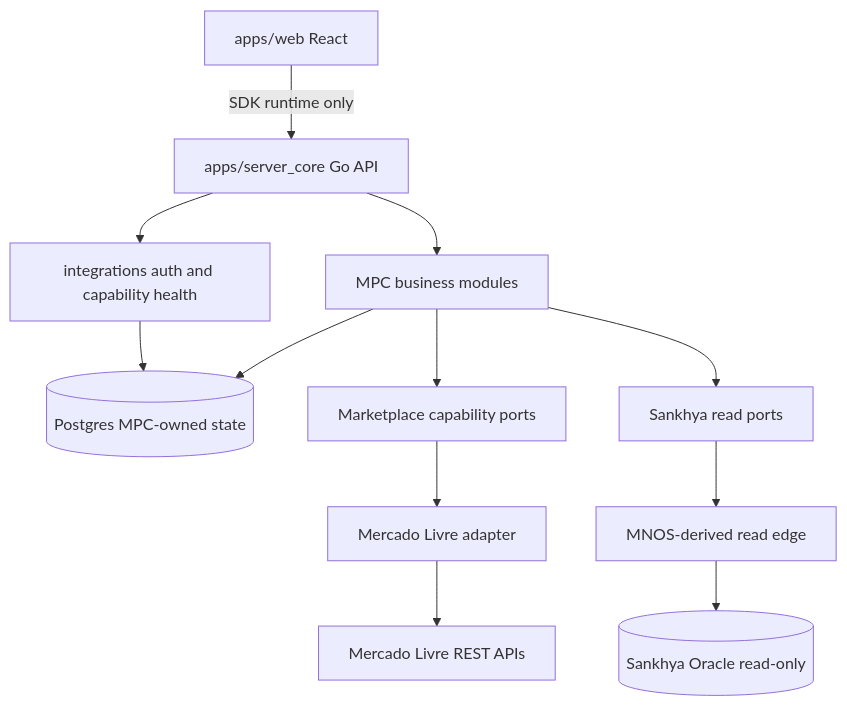
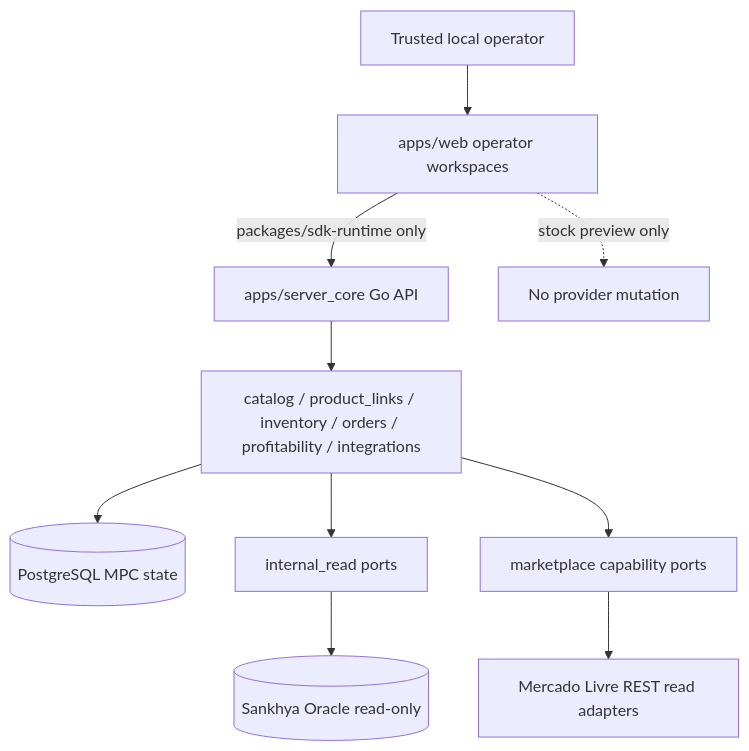
One commit to developmentconexus-ops/marketplace-central changed the first of 4 diagrams in .mnfs/MIS-001-mercado-livre-operating-cockpit/architecture-map.md. Above: the diagram before and after it, drawn with Mermaid. The commit also changed other lines of this file and 26 other files, not shown here.

Commit message:
docs(mnfs): ready MVP roadmap

````diff
--- a/.mnfs/MIS-001-mercado-livre-operating-cockpit/architecture-map.md
+++ b/.mnfs/MIS-001-mercado-livre-operating-cockpit/architecture-map.md
@@ -17,14 +19,12 @@
 ```mermaid
 graph TD
-  web["apps/web React"] -->|SDK runtime only| api["apps/server_core Go API"]
-  api --> modules["MPC business modules"]
-  modules --> pg[("Postgres MPC-owned state")]
-  modules --> caps["Marketplace capability ports"]
-  caps --> ml["Mercado Livre adapter"]
-  ml --> mlapi["Mercado Livre REST APIs"]
-  modules --> sankhyaPort["Sankhya read ports"]
-  sankhyaPort --> mnos["MNOS-derived read edge"]
-  mnos --> oracle[("Sankhya Oracle read-only")]
-  api --> integrations["integrations auth and capability health"]
-  integrations --> pg
+  operator["Trusted local operator"] --> web["apps/web operator workspaces"]
+  web -->|"packages/sdk-runtime only"| api["apps/server_core Go API"]
+  api --> catalog["catalog / product_links / inventory / orders / profitability / integrations"]
+  catalog --> pg[("PostgreSQL MPC state")]
+  catalog --> oraclePort["internal_read ports"]
+  oraclePort --> oracle[("Sankhya Oracle read-only")]
+  catalog --> providerPorts["marketplace capability ports"]
+  providerPorts --> ml["Mercado Livre REST read adapters"]
+  web -. "stock preview only" .-> preview["No provider mutation"]
 ```
````
